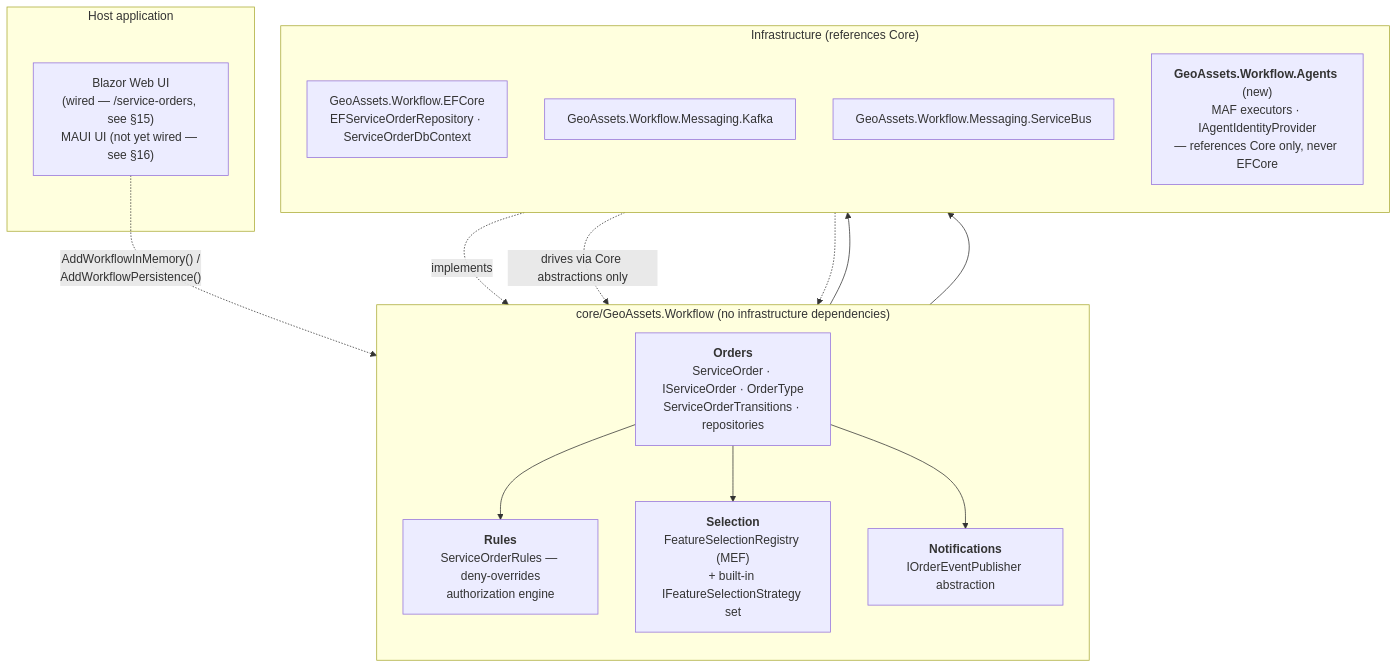
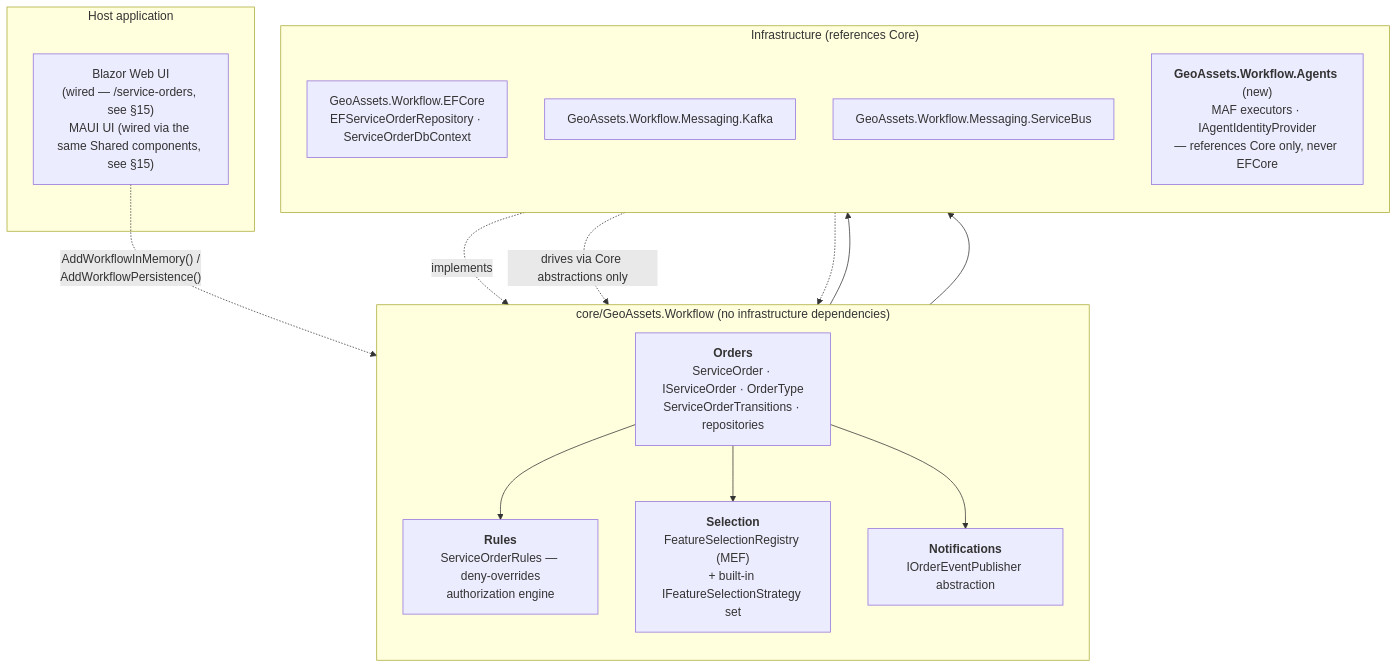
Before and after one commit to yuniorsf/GeoAssets: the first of 10 diagrams in ServiceOrder.md, drawn with Mermaid. The commit also changed other lines of this file, not shown here.

Commit message:
docs(workflow): document MAUI Service Order wiring in ServiceOrder.md (XD01-24)

````diff
--- a/ServiceOrder.md
+++ b/ServiceOrder.md
@@ -40,32 +40,32 @@
 ```mermaid
 flowchart TB
     subgraph Host["Host application"]
-        UI["Blazor Web UI<br/>(wired — /service-orders, see §15)<br/>MAUI UI (not yet wired — see §16)"]
+        UI["Blazor Web UI<br/>(wired — /service-orders, see §15)<br/>MAUI UI (wired via the same Shared components, see §15)"]
     end
 
     subgraph Core["core/GeoAssets.Workflow  (no infrastructure dependencies)"]
         direction TB
         Orders["<b>Orders</b><br/>ServiceOrder · IServiceOrder · OrderType<br/>ServiceOrderTransitions · repositories"]
         Rules["<b>Rules</b><br/>ServiceOrderRules — deny-overrides<br/>authorization engine"]
         Selection["<b>Selection</b><br/>FeatureSelectionRegistry (MEF)<br/>+ built-in IFeatureSelectionStrategy set"]
         Notifications["<b>Notifications</b><br/>IOrderEventPublisher abstraction"]
     end
 
     subgraph Infra["Infrastructure (references Core)"]
         direction TB
         EFCore["GeoAssets.Workflow.EFCore<br/>EFServiceOrderRepository · ServiceOrderDbContext"]
         Kafka["GeoAssets.Workflow.Messaging.Kafka"]
         SvcBus["GeoAssets.Workflow.Messaging.ServiceBus"]
         Agents["<b>GeoAssets.Workflow.Agents</b> (new)<br/>MAF executors · IAgentIdentityProvider<br/>— references Core only, never EFCore"]
     end
 
     UI -.->|"AddWorkflowInMemory() /<br/>AddWorkflowPersistence()"| Orders
     Orders --> Rules
     Orders --> Selection
     Orders --> Notifications
     EFCore -.implements.-> Orders
     Notifications --> Kafka
     Notifications --> SvcBus
     Agents -.drives via Core abstractions only.-> Orders
     Agents -.-> Rules
 ```
````
